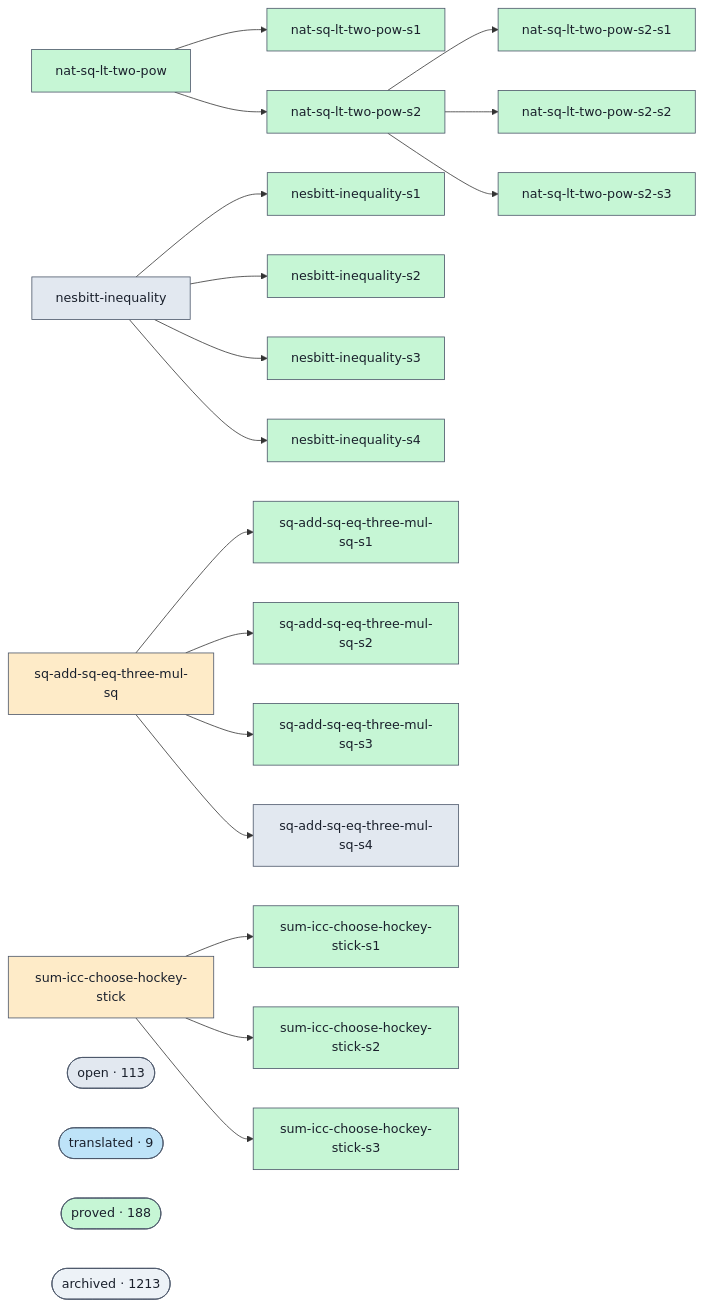
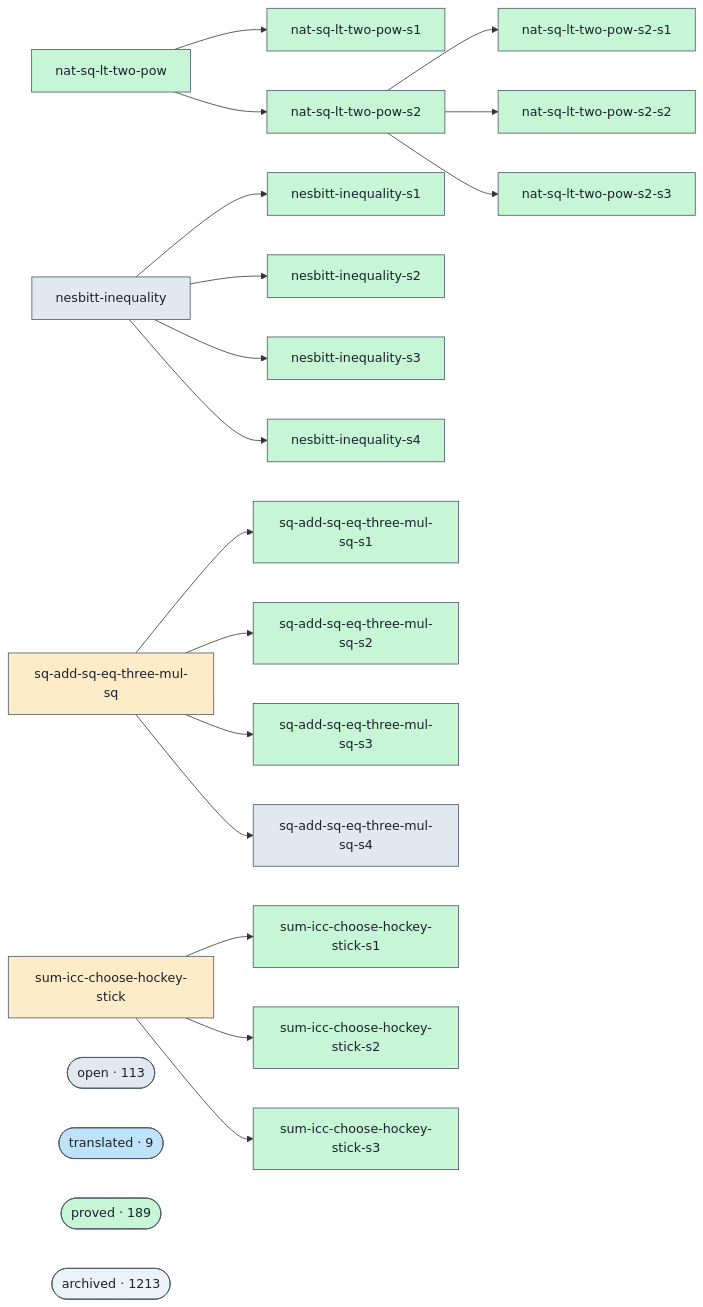
The diagram in docs/proofs-contributors-visualisation.md (ohdearquant/unsorry), drawn with Mermaid before and after one commit. The commit also changed other lines of this file and 2 other files, not shown here.

```diff
--- a/docs/proofs-contributors-visualisation.md
+++ b/docs/proofs-contributors-visualisation.md
@@ -102,7 +102,7 @@
   class cluster_open open;
   cluster_translated(["translated · 9"])
   class cluster_translated translated;
-  cluster_proved(["proved · 188"])
+  cluster_proved(["proved · 189"])
   class cluster_proved proved;
   cluster_archived(["archived · 1213"])
   class cluster_archived unknown;
```
